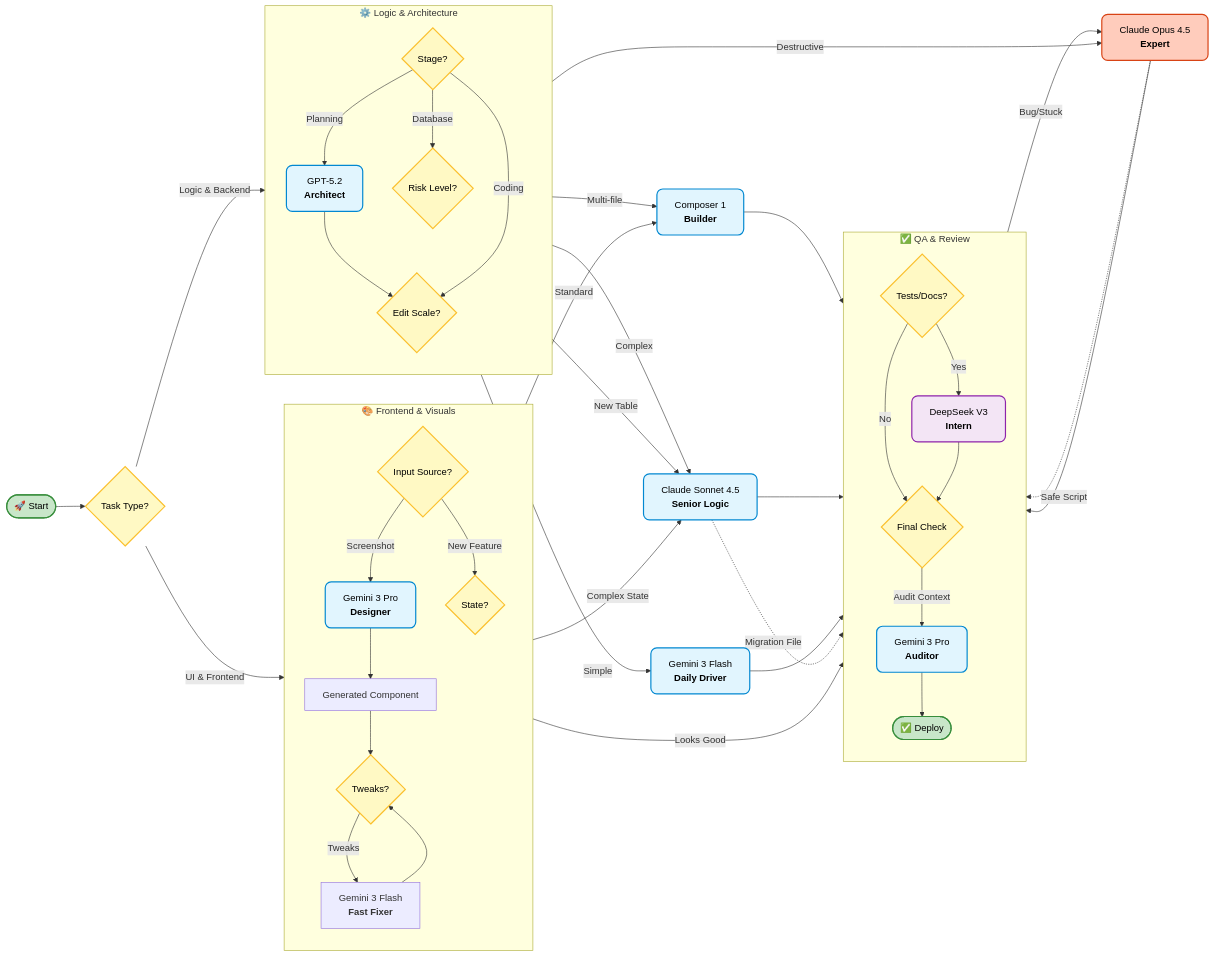
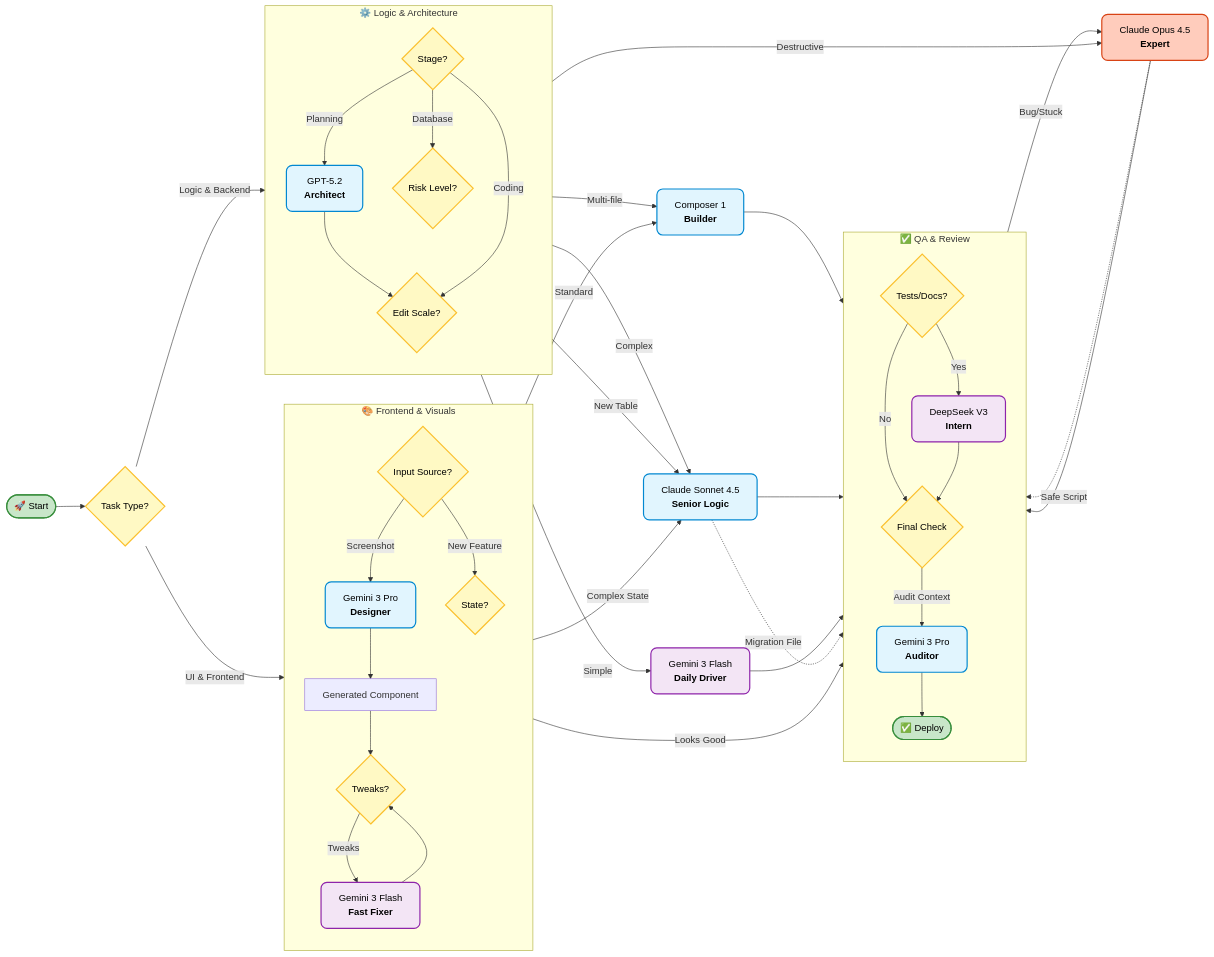
One commit to measured-assets/cursor-model-decision-tree changed the diagram in README.md. Above: the diagram before and after it, drawn with Mermaid.

Commit message:
Revise class categories and roles in README
Updated class categories and added new roles in the README.

````diff
--- a/README.md
+++ b/README.md
@@ -153,9 +153,19 @@
     %% ==========================================
     %% 7. APPLY STYLES
     %% ==========================================
+    %% Decisions (Yellow)
     class Q1,UI_Input,UI_Review,UI_Logic,Logic_Stage,DBA,Implementation,GruntWork,Review decision
-    class Designer,Architect,Composer,Senior,Daily,Critique persona
+
+    %% Premium Models (Blue) - "The Brains"
+    class Designer,Architect,Composer,Senior,Critique persona
+
+    %% Expert/High Risk (Red) - "The Safety Net"
     class Engineer expert
-    class Intern intern
+
+    %% Budget/Fast Models (Purple) - "The Grunt Work"
+    %% Added Styler (UI) and Daily (Backend) here so all Flash/DeepSeek nodes are Purple
+    class Intern,Styler,Daily intern
+
+    %% Start/End (Green)
     class Start,Deploy finish
 ```
````
